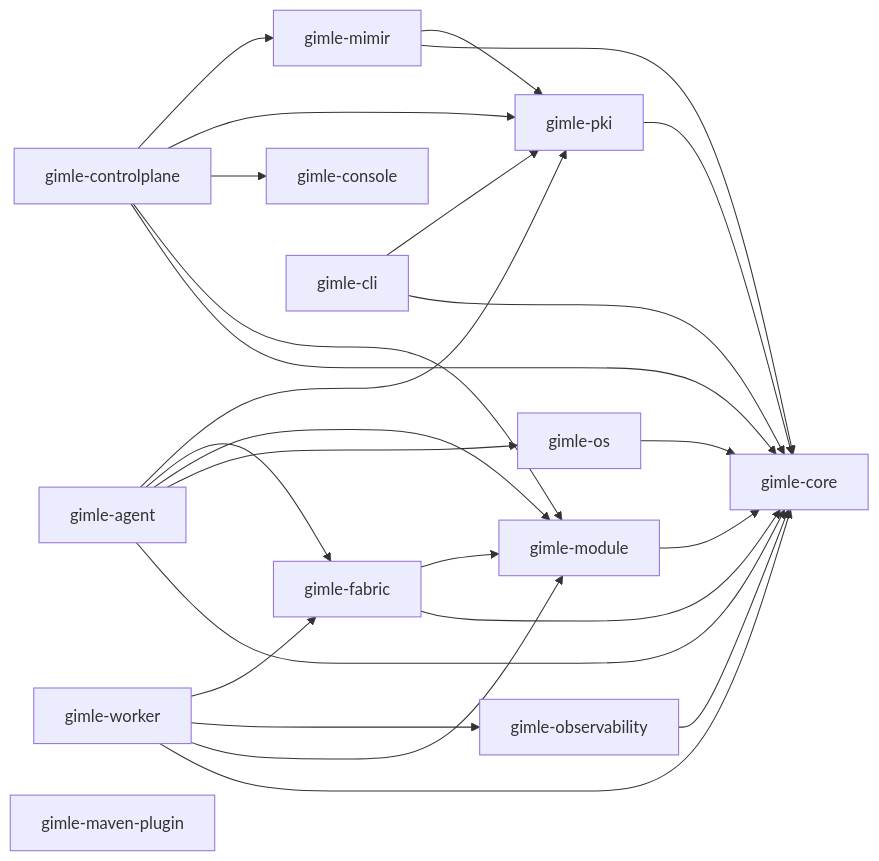
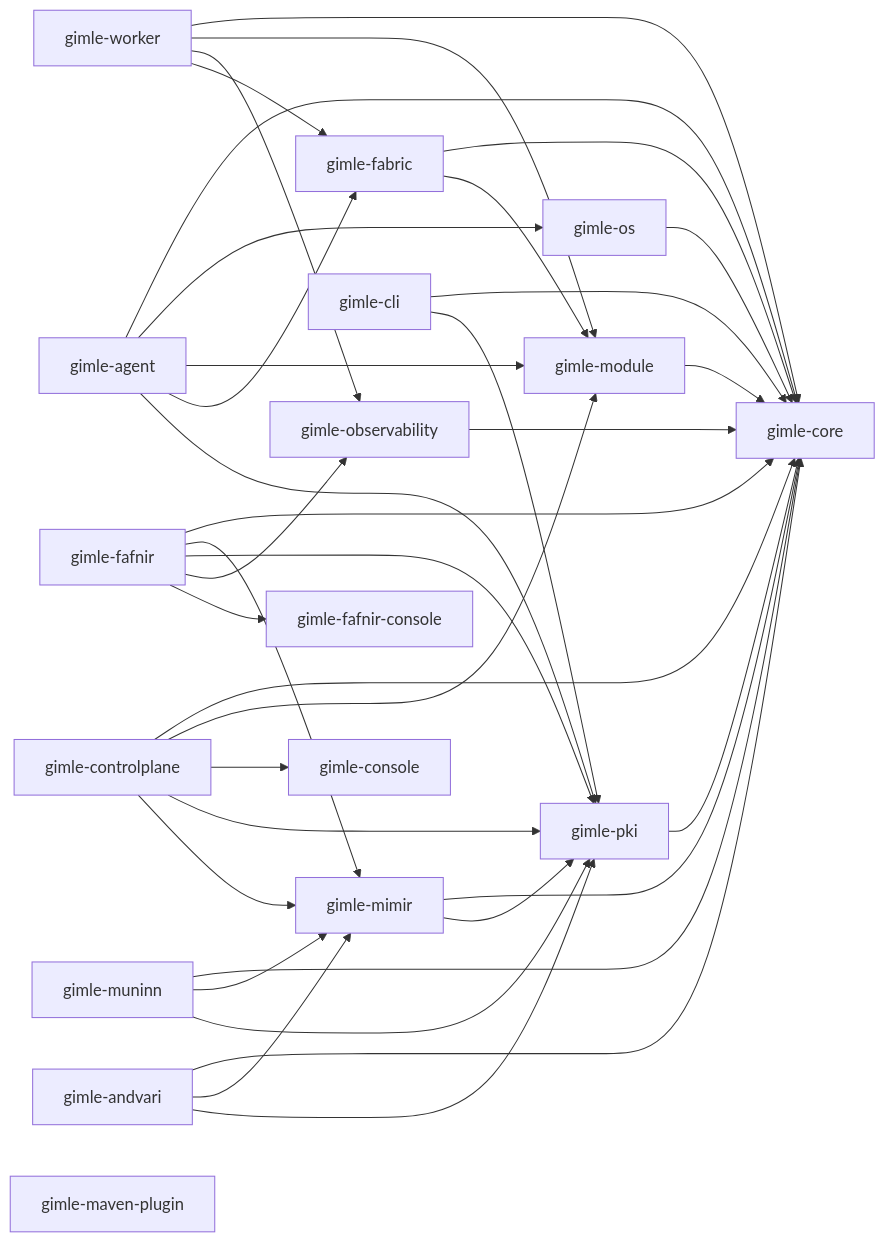
The diagram in gimle-docs/docs/contributing/project-structure.md (ghiloufibg/gimle), drawn with Mermaid before and after one commit. The commit also changed other lines of this file and 14 other files, not shown here.

First line of the commit message:
feat: add gimle-andvari module artifact registry process

````diff
--- a/gimle-docs/docs/contributing/project-structure.md
+++ b/gimle-docs/docs/contributing/project-structure.md
@@ -16,29 +16,40 @@
 ```mermaid
 graph LR
     core[gimle-core]
     module[gimle-module] --> core
     os[gimle-os] --> core
     observability[gimle-observability] --> core
     fabric[gimle-fabric] --> core
     fabric --> module
     pki[gimle-pki] --> core
     worker[gimle-worker] --> core
     worker --> module
     worker --> observability
     worker --> fabric
     agent[gimle-agent] --> core
     agent --> os
     agent --> module
     agent --> fabric
     agent --> pki
     mimir[gimle-mimir] --> core
     mimir --> pki
+    fafnir[gimle-fafnir] --> core
+    fafnir --> mimir
+    fafnir --> pki
+    fafnir --> observability
+    fafnir --> fafnirconsole[gimle-fafnir-console]
+    muninn[gimle-muninn] --> core
+    muninn --> mimir
+    muninn --> pki
+    andvari[gimle-andvari] --> core
+    andvari --> mimir
+    andvari --> pki
     controlplane[gimle-controlplane] --> core
     controlplane --> module
     controlplane --> console[gimle-console]
     controlplane --> pki
     controlplane --> mimir
     cli[gimle-cli] --> core
     cli --> pki
     mavenplugin[gimle-maven-plugin]
 ```
````
